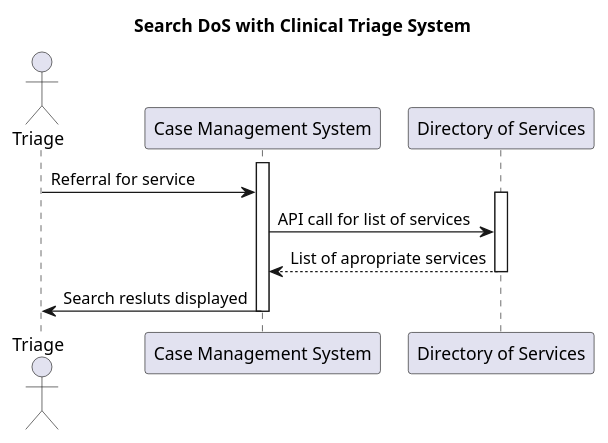
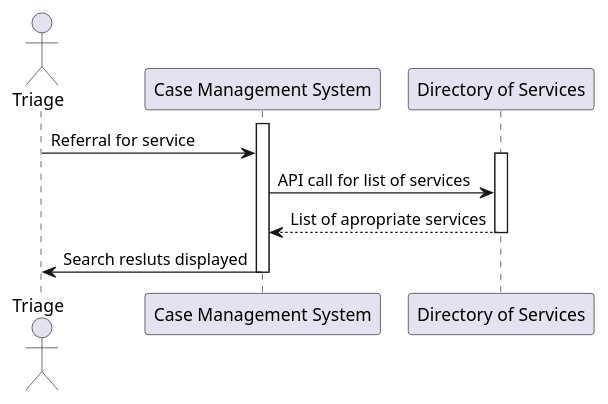
One commit to NHSDigital/IOPS-FHIR-Simplifier-Backup changed the first of 3 diagrams in NHSEnglandProgrammeImplementationGuides/backup/guides/Directory-of-Service/Home/Analysis/Use-Cases-UEC.page.md. Above: the diagram before and after it, drawn with PlantUML. The commit also changed other lines of this file and 40 other files, not shown here.

```diff
--- a/NHSEnglandProgrammeImplementationGuides/backup/guides/Directory-of-Service/Home/Analysis/Use-Cases-UEC.page.md
+++ b/NHSEnglandProgrammeImplementationGuides/backup/guides/Directory-of-Service/Home/Analysis/Use-Cases-UEC.page.md
@@ -24,14 +24,13 @@
 @startuml
-title Search DoS with Clinical Triage System 
 actor Triage
 participant "Case Management System"
 participant "Directory of Services"
 activate "Case Management System"
 Triage -> "Case Management System": Referral for service
 activate "Directory of Services"
 "Case Management System" -> "Directory of Services": API call for list of services
 "Directory of Services" --> "Case Management System": List of apropriate services
 deactivate "Directory of Services"
 "Case Management System" -> Triage: Search resluts displayed
 deactivate "Case Management System"
 @enduml
```
